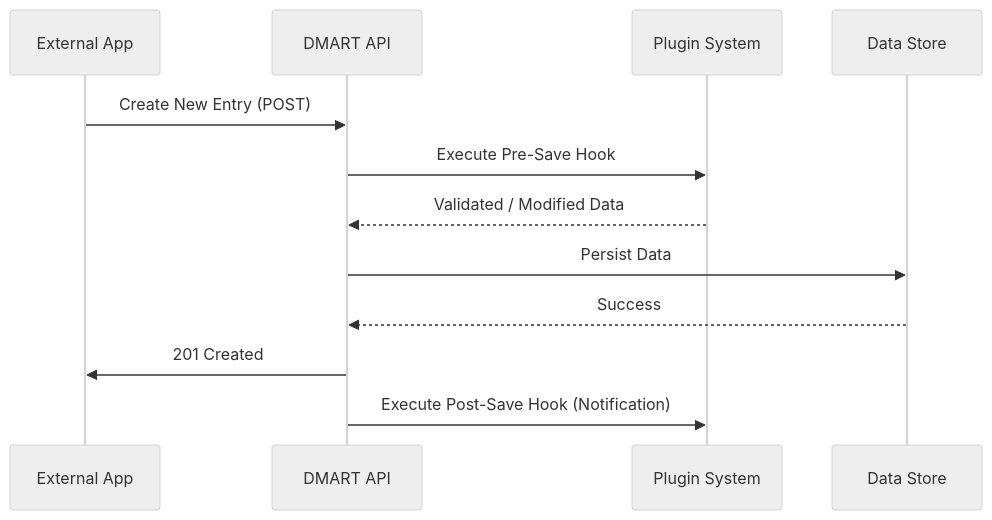
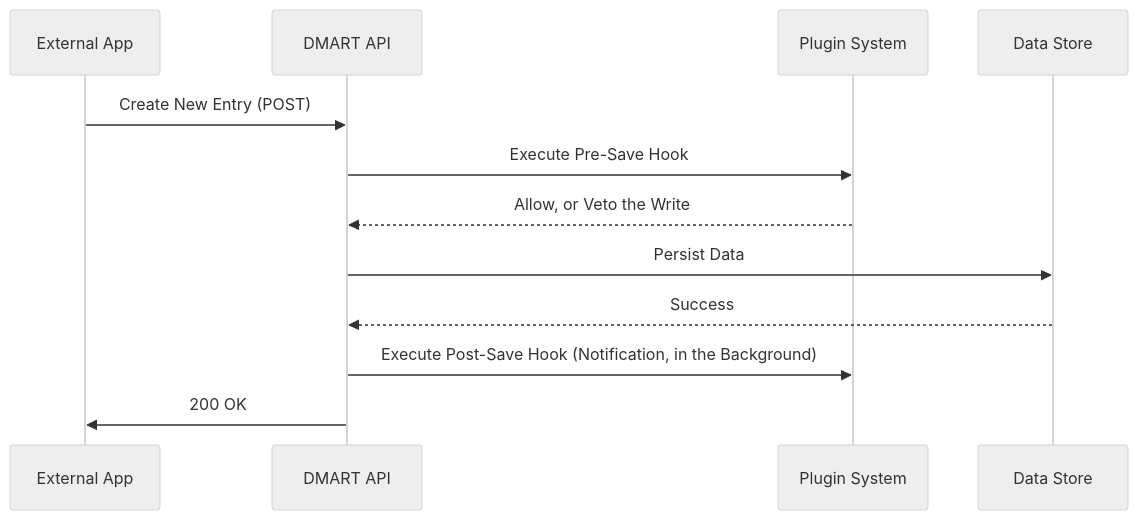
Before and after one commit to edraj/website: the third of 3 diagrams in pack/space/pages/features.md, drawn with Mermaid (neutral theme). The commit also changed other lines of this file and 14 other files, not shown here.

````diff
--- a/pack/space/pages/features.md
+++ b/pack/space/pages/features.md
@@ -72,15 +76,15 @@
 ```mermaid
 sequenceDiagram
     participant App as External App
     participant API as DMART API
     participant Plugin as Plugin System
     participant Store as Data Store
 
     App->>API: Create New Entry (POST)
     API->>Plugin: Execute Pre-Save Hook
-    Plugin-->>API: Validated / Modified Data
+    Plugin-->>API: Allow, or Veto the Write
     API->>Store: Persist Data
     Store-->>API: Success
-    API->>App: 201 Created
-    API->>Plugin: Execute Post-Save Hook (Notification)
+    API->>Plugin: Execute Post-Save Hook (Notification, in the Background)
+    API->>App: 200 OK
 ```
````
